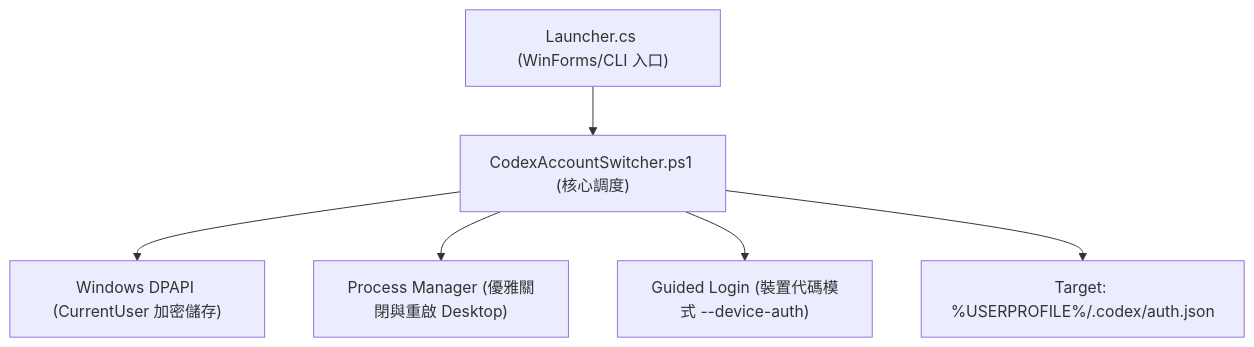
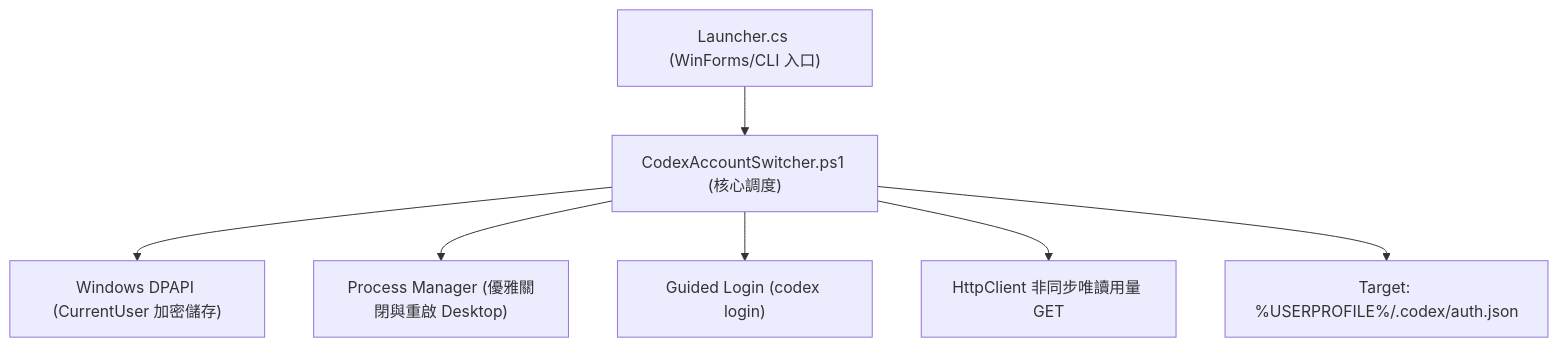
The diagram in docs/spec/architecture.md (vinceli/codex-account-switcher), drawn with Mermaid before and after one commit. The commit also changed other lines of this file and 11 other files, not shown here.

````diff
--- a/docs/spec/architecture.md
+++ b/docs/spec/architecture.md
@@ -10,8 +10,9 @@
 ```mermaid
 flowchart TD
     Launcher["Launcher.cs (WinForms/CLI 入口)"] --> Switcher["CodexAccountSwitcher.ps1 (核心調度)"]
     Switcher --> DPAPI["Windows DPAPI (CurrentUser 加密儲存)"]
     Switcher --> ProcessMgr["Process Manager (優雅關閉與重啟 Desktop)"]
-    Switcher --> GuidedLogin["Guided Login (裝置代碼模式 --device-auth)"]
+    Switcher --> GuidedLogin["Guided Login (codex login)"]
+    Switcher --> Quota["HttpClient 非同步唯讀用量 GET"]
     Switcher --> AuthTarget["Target: %USERPROFILE%/.codex/auth.json"]
 ```
````
